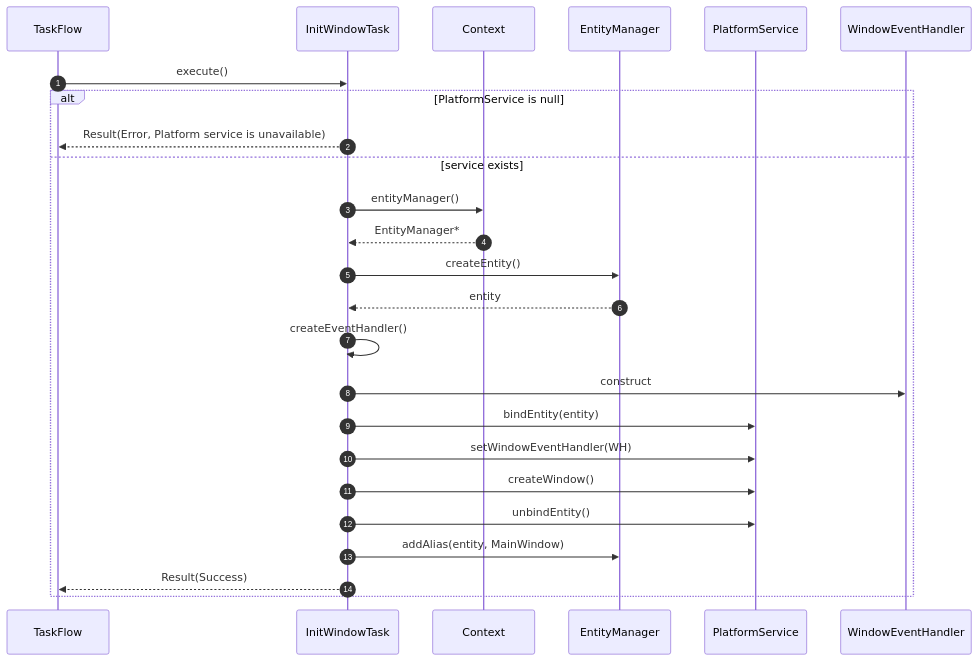
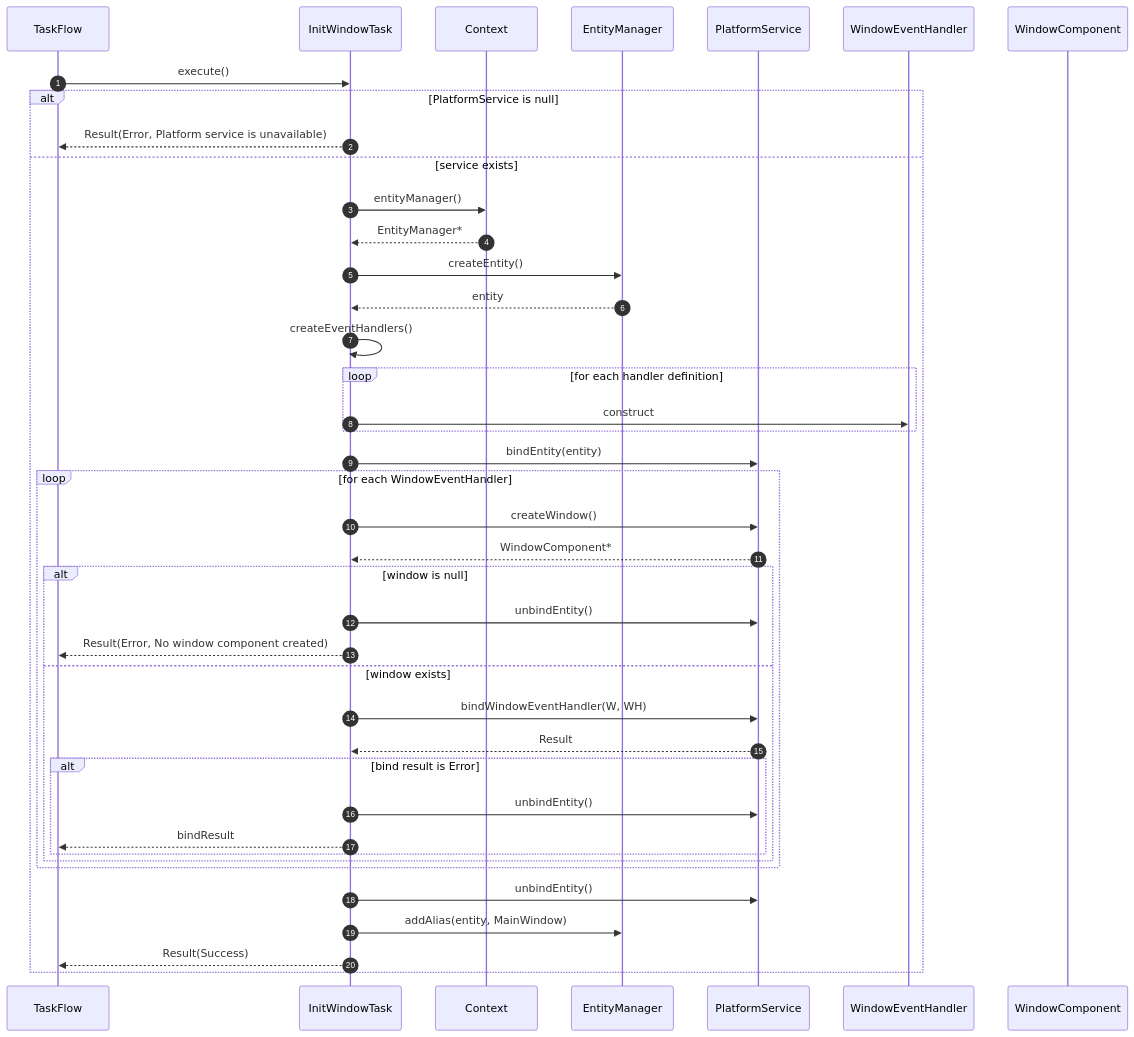
The diagram in doc/sequence/window/initwindowtask.md (vigine-dev/Vigine), drawn with Mermaid before and after one commit. The commit also changed 9 other files, not shown here.

````diff
--- a/doc/sequence/window/initwindowtask.md
+++ b/doc/sequence/window/initwindowtask.md
@@ -3,31 +3,49 @@
 ```mermaid
 sequenceDiagram
 autonumber
 participant Caller as TaskFlow
 participant T as InitWindowTask
 participant Ctx as Context
 participant EM as EntityManager
 participant PS as PlatformService
 participant WH as WindowEventHandler
+participant W as WindowComponent
 
 Caller->>T: execute()
 alt PlatformService is null
   T-->>Caller: Result(Error, Platform service is unavailable)
 else service exists
   T->>Ctx: entityManager()
   Ctx-->>T: EntityManager*
   T->>EM: createEntity()
   EM-->>T: entity
 
-  T->>T: createEventHandler()
-  T->>WH: construct
+  T->>T: createEventHandlers()
+  loop for each handler definition
+    T->>WH: construct
+  end
 
   T->>PS: bindEntity(entity)
-  T->>PS: setWindowEventHandler(WH)
-  T->>PS: createWindow()
+  loop for each WindowEventHandler
+    T->>PS: createWindow()
+    PS-->>T: WindowComponent*
+
+    alt window is null
+      T->>PS: unbindEntity()
+      T-->>Caller: Result(Error, No window component created)
+    else window exists
+      T->>PS: bindWindowEventHandler(W, WH)
+      PS-->>T: Result
+      alt bind result is Error
+        T->>PS: unbindEntity()
+        T-->>Caller: bindResult
+      end
+    end
+  end
+
   T->>PS: unbindEntity()
 
   T->>EM: addAlias(entity, MainWindow)
   T-->>Caller: Result(Success)
 end
 ```
````
